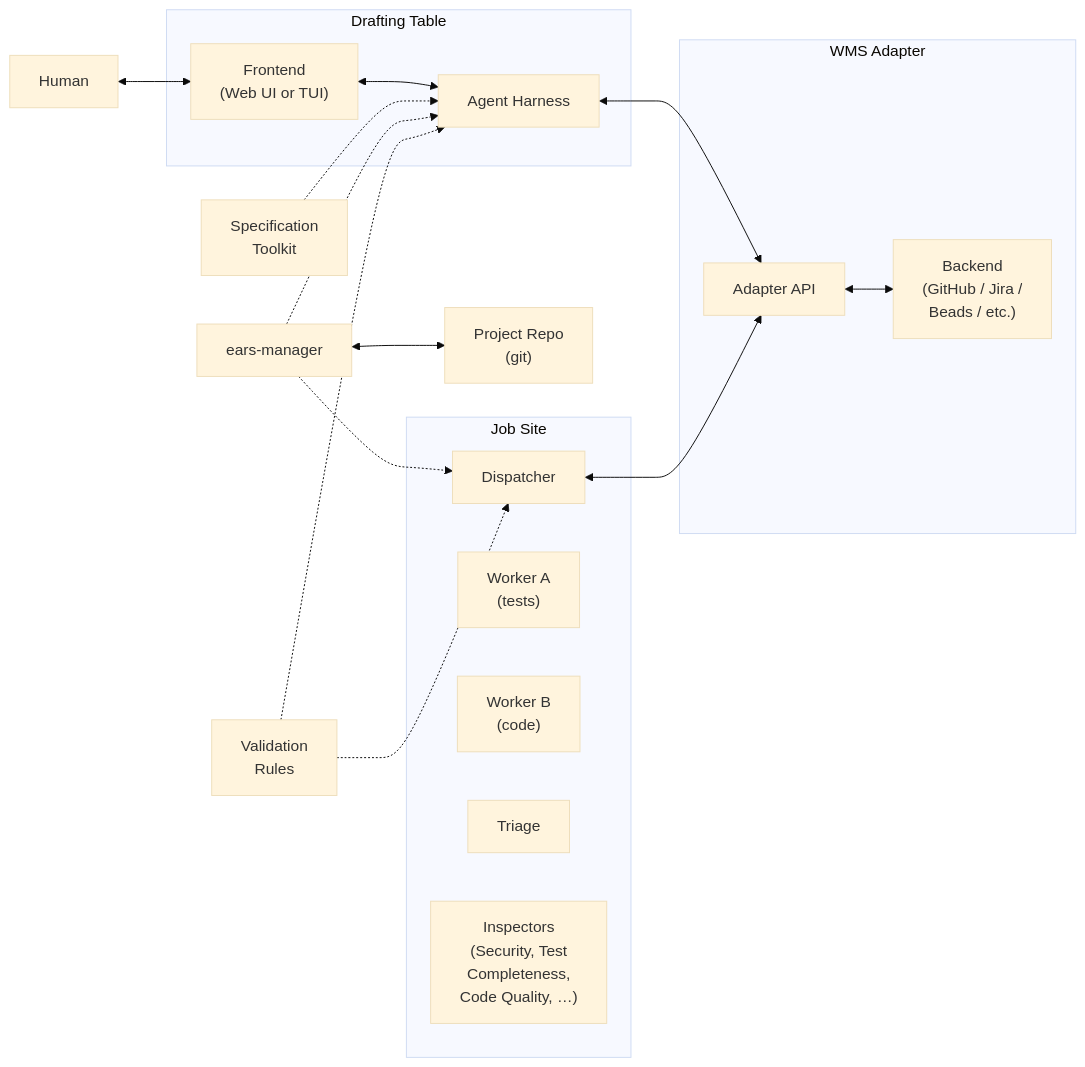
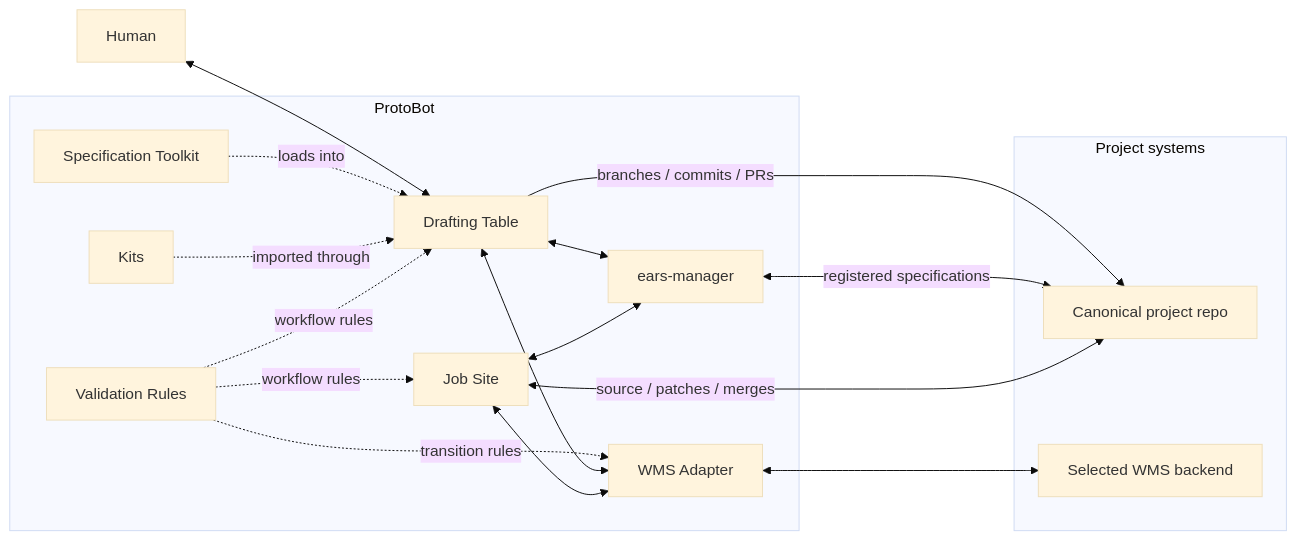
One commit to JohnStrunk/ProtoBot changed the first of 5 diagrams in docs/architecture/components.md. Above: the diagram before and after it, drawn with Mermaid (base theme). The commit also changed other lines of this file and 4 other files, not shown here.

Commit message:
Revise architecture from PR feedback

````diff
--- a/docs/architecture/components.md
+++ b/docs/architecture/components.md
@@ -19,40 +34,36 @@
 ```mermaid
 flowchart LR
     User["Human"]
 
-    subgraph "Drafting Table"
-        Frontend["Frontend\n(Web UI or TUI)"]
-        Harness["Agent Harness"]
+    subgraph ProtoBot["ProtoBot"]
+        DT["Drafting Table"]
+        Toolkit["Specification Toolkit"]
+        Kits["Kits"]
+        EM["ears-manager"]
+        WMSA["WMS Adapter"]
+        Valid["Validation Rules"]
+        JS["Job Site"]
     end
 
-    Toolkit["Specification\nToolkit"]
-    EM["ears-manager"]
-    Valid["Validation\nRules"]
-
-    subgraph "WMS Adapter"
-        Adapter["Adapter API"]
-        Backend["Backend\n(GitHub / Jira /\nBeads / etc.)"]
+    subgraph ProjectSystems["Project systems"]
+        Repo["Canonical project repo"]
+        WMS["Selected WMS backend"]
     end
 
-    Repo["Project Repo\n(git)"]
+    User <--> DT
+    Toolkit -. "loads into" .-> DT
+    Kits -. "imported through" .-> DT
+    Valid -. "workflow rules" .-> DT
+    Valid -. "transition rules" .-> WMSA
+    Valid -. "workflow rules" .-> JS
 
-    subgraph "Job Site"
-        Dispatch["Dispatcher"]
-        WorkerA["Worker A\n(tests)"]
-        WorkerB["Worker B\n(code)"]
-        Triage["Triage"]
-        Inspectors["Inspectors\n(Security, Test\nCompleteness,\nCode Quality, …)"]
-    end
+    DT <--> EM
+    DT <--> WMSA
+    JS <--> EM
+    JS <--> WMSA
 
-    User <--> Frontend
-    Frontend <--> Harness
-    Toolkit -.-> Harness
-    EM -.-> Harness
-    EM -.-> Dispatch
-    Valid -.-> Harness
-    Valid -.-> Dispatch
-    Harness <--> Adapter
-    EM <--> Repo
-    Adapter <--> Backend
-    Dispatch <--> Adapter
+    DT -->|"branches / commits / PRs"| Repo
+    EM <-->|"registered specifications"| Repo
+    JS <-->|"source / patches / merges"| Repo
+    WMSA <--> WMS
 ```
````
